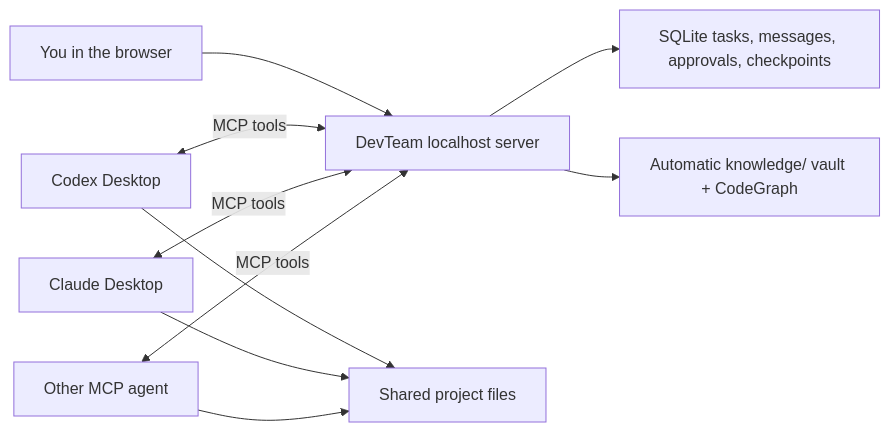
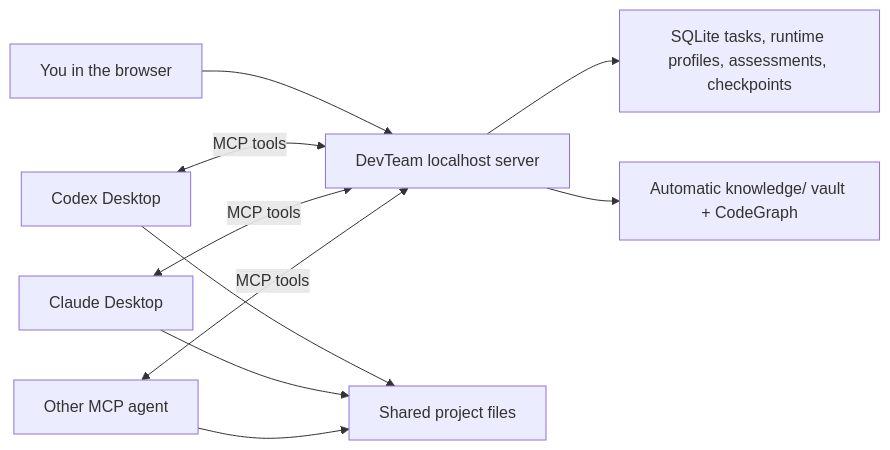
Before and after one commit to AlokaWarnakula/DevTeam: the diagram in README.md, drawn with Mermaid. The commit also changed other lines of this file and 10 other files, not shown here.

````diff
--- a/README.md
+++ b/README.md
@@ -23,12 +24,12 @@
 ```mermaid
 flowchart LR
     U["You in the browser"] --> D["DevTeam localhost server"]
     C["Codex Desktop"] <-->|"MCP tools"| D
     A["Claude Desktop"] <-->|"MCP tools"| D
     O["Other MCP agent"] <-->|"MCP tools"| D
-    D --> Q["SQLite tasks, messages, approvals, checkpoints"]
+    D --> Q["SQLite tasks, runtime profiles, assessments, checkpoints"]
     D --> K["Automatic knowledge/ vault + CodeGraph"]
     C --> W["Shared project files"]
     A --> W
     O --> W
 ```
````
